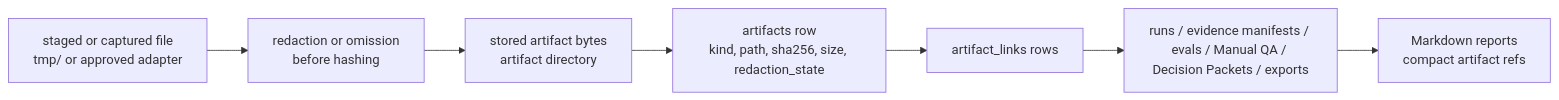
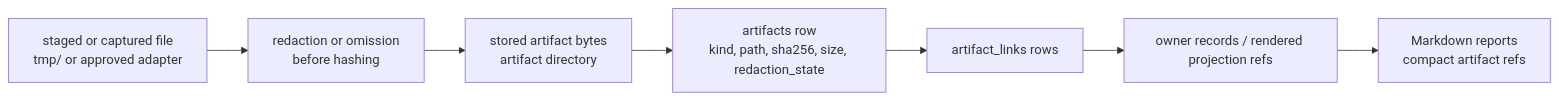
The seventh of 12 diagrams in docs/en/04-runtime-architecture.md (minjungw00/Volicord), drawn with Mermaid before and after one commit. The commit also changed other lines of this file and 13 other files, not shown here.

````diff
--- a/docs/en/04-runtime-architecture.md
+++ b/docs/en/04-runtime-architecture.md
@@ -279,16 +279,16 @@
 ```mermaid
 flowchart LR
   Staged["staged or captured file<br/>tmp/ or approved adapter"]
   Redaction["redaction or omission<br/>before hashing"]
   Bytes["stored artifact bytes<br/>artifact directory"]
   Row["artifacts row<br/>kind, path, sha256, size, redaction_state"]
   Links["artifact_links rows"]
-  Records["runs / evidence manifests / evals / Manual QA / Decision Packets / exports"]
+  Records["owner records / rendered projection refs"]
   Reports["Markdown reports<br/>compact artifact refs"]
 
   Staged --> Redaction --> Bytes
   Bytes --> Row
   Row --> Links
   Links --> Records
   Records --> Reports
 ```
````
